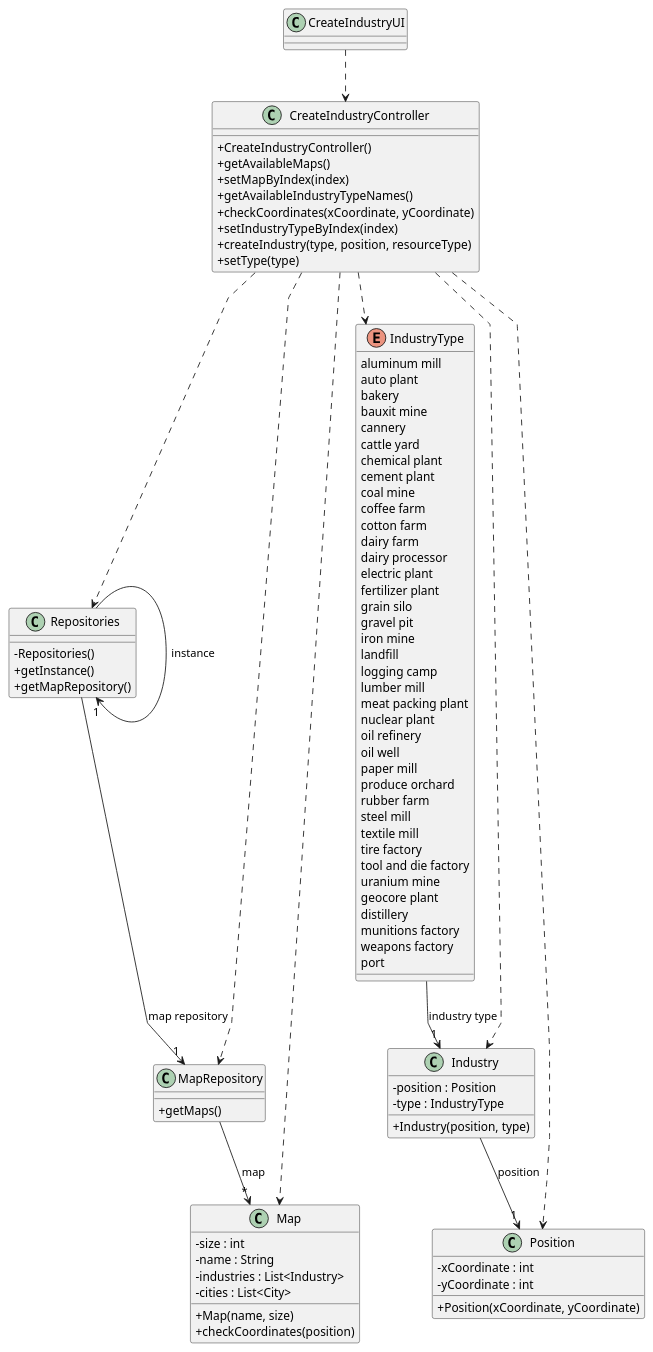
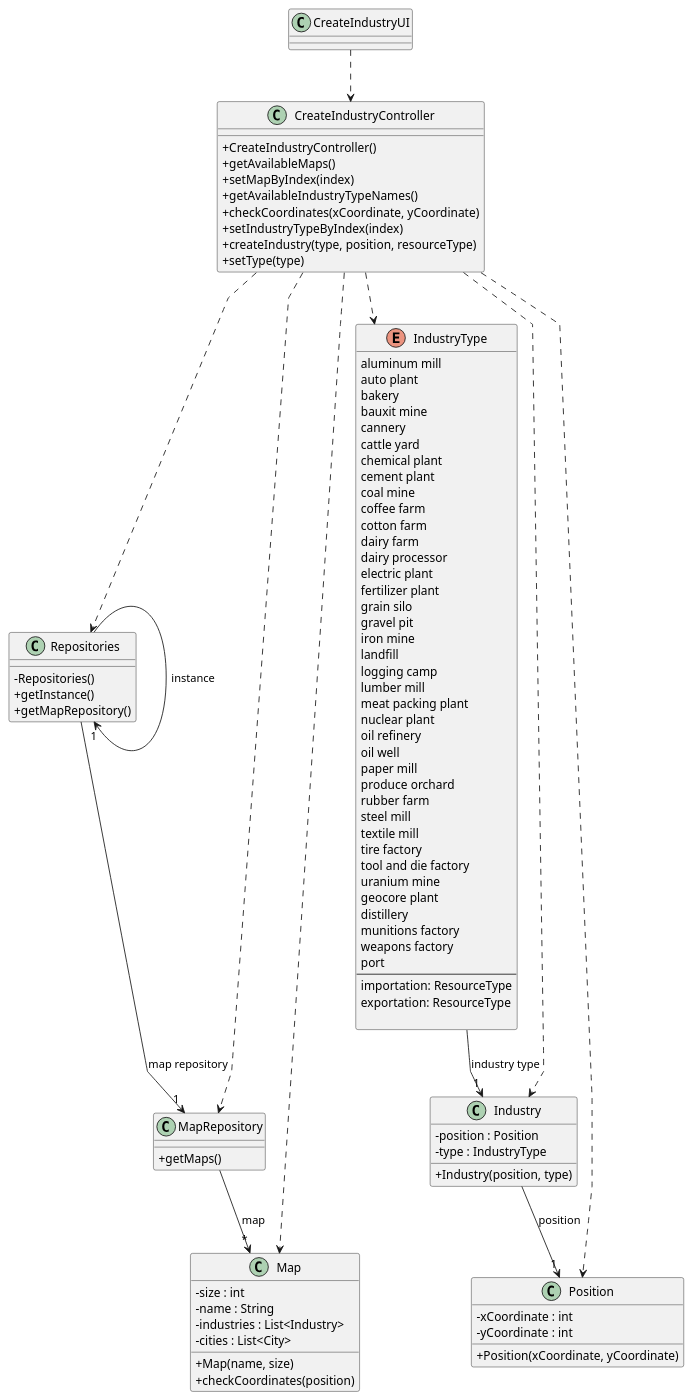
One commit to 1240935/pi2-railway-simulator changed the diagram in Sprint2/US002/03.design/puml/US002-CD.puml. Above: the diagram before and after it, drawn with PlantUML. The commit also changed 14 other files, not shown here.

```diff
--- a/Sprint2/US002/03.design/puml/US002-CD.puml
+++ b/Sprint2/US002/03.design/puml/US002-CD.puml
@@ -1,113 +1,117 @@
 @startuml
 'skinparam monochrome true
 skinparam packageStyle rectangle
 skinparam shadowing false
 skinparam linetype polyline
 'skinparam linetype orto
 
 skinparam classAttributeIconSize 0
 
 'left to right direction
 
   class CreateIndustryUI{
   }
 
   class CreateIndustryController {
     +CreateIndustryController()
     +getAvailableMaps()
     +setMapByIndex(index)
     +getAvailableIndustryTypeNames()
     +checkCoordinates(xCoordinate, yCoordinate)
     +setIndustryTypeByIndex(index)
     +createIndustry(type, position, resourceType)
     +setType(type)
   }
 
 
   class Repositories {
       - Repositories()
       + getInstance()
       + getMapRepository()
   }
   class MapRepository {
     +getMaps()
   }
 
   class Industry {
     -position : Position
     -type : IndustryType
     +Industry(position, type)
   }
   class Map {
     - size : int
     - name : String
     - industries : List<Industry>
     - cities : List<City>
     + Map(name, size)
     +checkCoordinates(position)
     }
 
   class Position {
     -xCoordinate : int
     -yCoordinate : int
     +Position(xCoordinate, yCoordinate)
   }
 
   enum IndustryType{
     aluminum mill
     auto plant
     bakery
     bauxit mine
     cannery
     cattle yard
     chemical plant
     cement plant
     coal mine
     coffee farm
     cotton farm
     dairy farm
     dairy processor
     electric plant
     fertilizer plant
     grain silo
     gravel pit
     iron mine
     landfill
     logging camp
     lumber mill
     meat packing plant
     nuclear plant
     oil refinery
     oil well
     paper mill
     produce orchard
     rubber farm
     steel mill
     textile mill
     tire factory
     tool and die factory
     uranium mine
     geocore plant
     distillery
     munitions factory
     weapons factory
     port
+    --
+    importation: ResourceType
+    exportation: ResourceType
+
   }
 
 
 
 
 CreateIndustryUI ..> CreateIndustryController
 CreateIndustryController ..>  Repositories
 CreateIndustryController ..>  MapRepository
 CreateIndustryController ..>  Map
 CreateIndustryController ..> Position
 CreateIndustryController ..> IndustryType
 CreateIndustryController ..> Industry
 Repositories --> "1" MapRepository : map repository
 Repositories -> "1" Repositories : instance
 MapRepository --> "*" Map : map
 Industry --> "1" Position : position
 IndustryType --> "1" Industry : industry type
 
 @enduml
```
